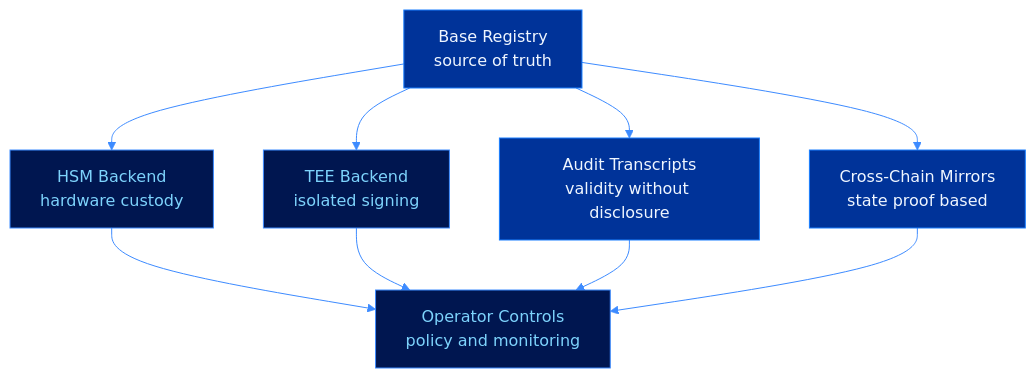
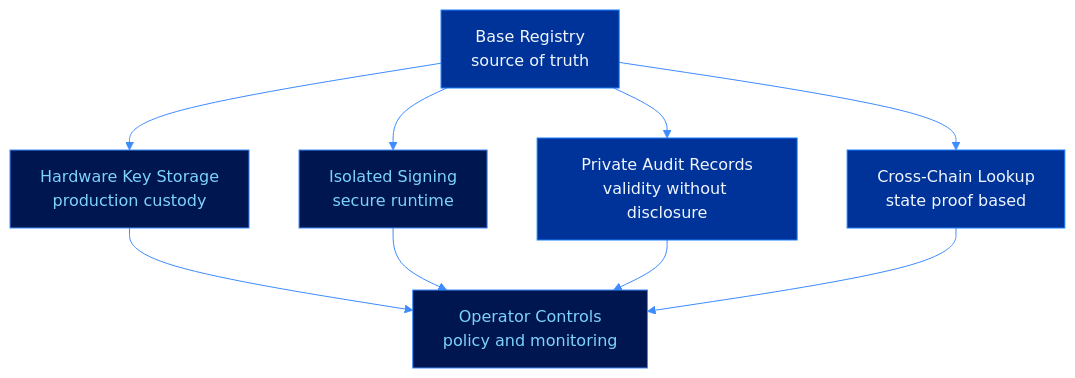
The first of 2 diagrams in docs/roadmap/ecosystem-expansion.md (cevexlabs/cevex), drawn with Mermaid before and after one commit. The commit also changed other lines of this file and 4 other files, not shown here.

Commit message:
Update roadmap copy

````diff
--- a/docs/roadmap/ecosystem-expansion.md
+++ b/docs/roadmap/ecosystem-expansion.md
@@ -13,26 +13,26 @@
 ```mermaid
 %%{init: {'theme': 'base', 'themeVariables': {'primaryColor': '#003399', 'primaryTextColor': '#eff6ff', 'primaryBorderColor': '#1a7fff', 'lineColor': '#3d8bff', 'secondaryColor': '#001650', 'tertiaryColor': '#000d20', 'clusterBkg': '#001650', 'titleColor': '#eff6ff', 'edgeLabelBackground': '#001650'}}}%%
 graph TD
     BASE["Base Registry\nsource of truth"]
-    AUDIT["Audit Transcripts\nvalidity without disclosure"]
-    BRIDGE["Cross-Chain Mirrors\nstate proof based"]
-    HSM["HSM Backend\nhardware custody"]
-    TEE["TEE Backend\nisolated signing"]
+    AUDIT["Private Audit Records\nvalidity without disclosure"]
+    BRIDGE["Cross-Chain Lookup\nstate proof based"]
+    HSM["Hardware Key Storage\nproduction custody"]
+    TEE["Isolated Signing\nsecure runtime"]
     OPS["Operator Controls\npolicy and monitoring"]
 
     BASE --> AUDIT
     BASE --> BRIDGE
     BASE --> HSM
     BASE --> TEE
     HSM --> OPS
     TEE --> OPS
     AUDIT --> OPS
     BRIDGE --> OPS
 
     style BASE fill:#003399,color:#eff6ff,stroke:#1a7fff
     style AUDIT fill:#003399,color:#eff6ff,stroke:#1a7fff
     style BRIDGE fill:#003399,color:#eff6ff,stroke:#1a7fff
     style HSM fill:#001650,color:#7dd3fc,stroke:#3d8bff
     style TEE fill:#001650,color:#7dd3fc,stroke:#3d8bff
     style OPS fill:#001650,color:#7dd3fc,stroke:#3d8bff
 ```
````
